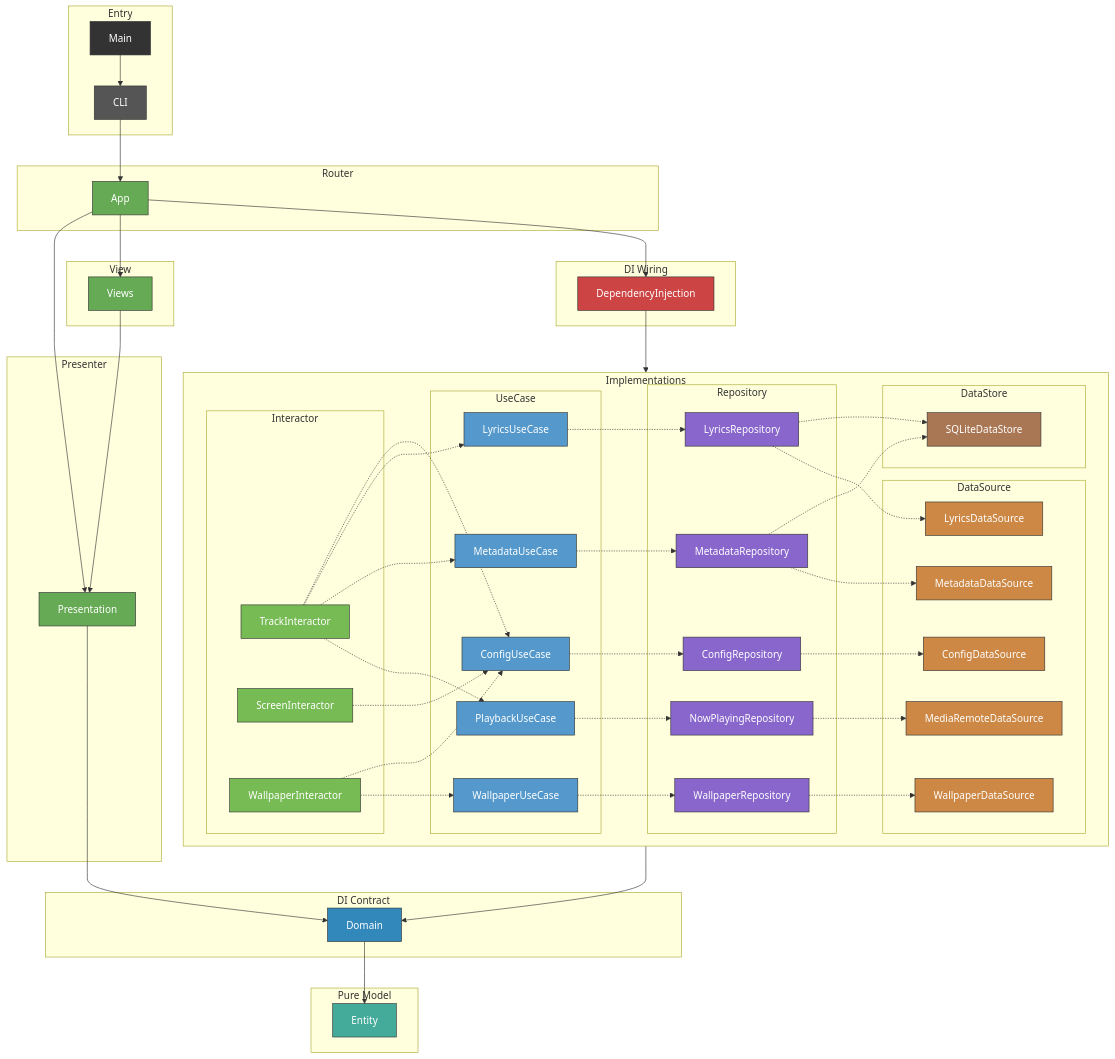
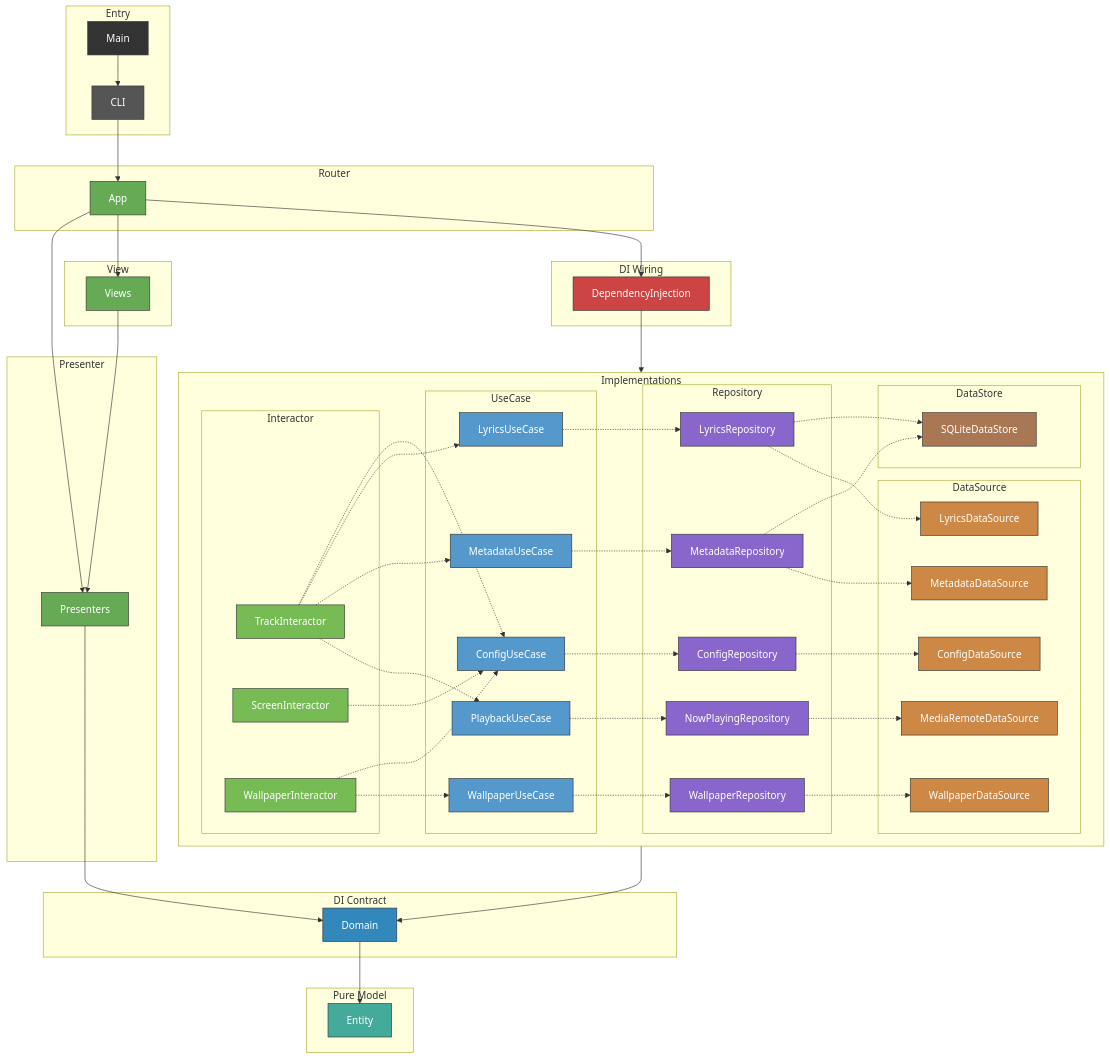
One commit to GeneralD/backdrop changed the diagram in CLAUDE.md. Above: the diagram before and after it, drawn with Mermaid. The commit also changed other lines of this file and 22 other files, not shown here.

First line of the commit message:
refactor: rename Presentation module to Presenters (#131)

```diff
--- a/CLAUDE.md
+++ b/CLAUDE.md
@@ -37,7 +37,7 @@
     end
 
     subgraph Presenter
-        Presentation[Presentation]
+        Presenters[Presenters]
     end
 
     subgraph DI Wiring
@@ -90,10 +90,10 @@
 
     Main --> CLI
     CLI --> App
-    App --> Views & Presentation & DependencyInjection
+    App --> Views & Presenters & DependencyInjection
     DependencyInjection --> Implementations
-    Views --> Presentation
-    Presentation --> Domain
+    Views --> Presenters
+    Presenters --> Domain
     Implementations --> Domain
     Domain --> Entity
     TrackInteractor -.-> PlaybackUseCase & MetadataUseCase & LyricsUseCase & ConfigUseCase
@@ -116,7 +116,7 @@
     style CLI fill:#555,stroke:#333,color:#fff
     style App fill:#6a5,stroke:#333,color:#fff
     style Views fill:#6a5,stroke:#333,color:#fff
-    style Presentation fill:#6a5,stroke:#333,color:#fff
+    style Presenters fill:#6a5,stroke:#333,color:#fff
     style TrackInteractor fill:#7b5,stroke:#333,color:#fff
     style ScreenInteractor fill:#7b5,stroke:#333,color:#fff
     style WallpaperInteractor fill:#7b5,stroke:#333,color:#fff
```
